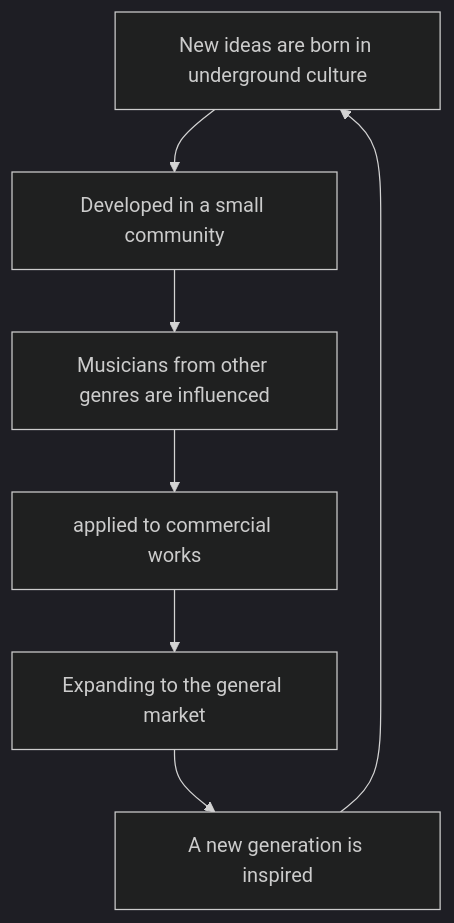
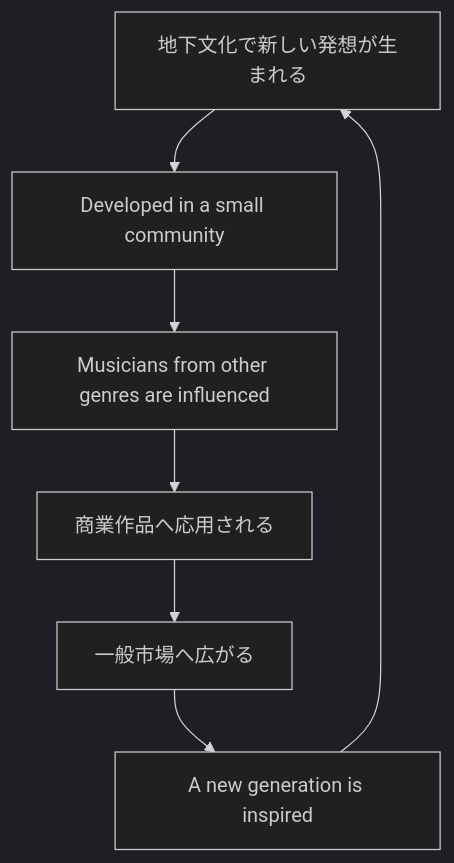
One commit to monumental-movement/monumental-movement.github.io changed the fifth of 5 diagrams in en/_posts/2026-07-25-column-why-some-genres-never-go-mainstream.md. Above: the diagram before and after it, drawn with Mermaid (dark theme). The commit also changed other lines of this file and 2196 other files, not shown here.

```diff
--- a/en/_posts/2026-07-25-column-why-some-genres-never-go-mainstream.md
+++ b/en/_posts/2026-07-25-column-why-some-genres-never-go-mainstream.md
@@ -851,13 +851,13 @@
 <div class="mermaid">
 flowchart TD
 
-A[New ideas are born in underground culture]
+A[地下文化で新しい発想が生まれる]
 --> B[Developed in a small community]
 --> C[Musicians from other genres are influenced]
---> D[applied to commercial works]
---> E[Expanding to the general market]
+--> D[商業作品へ応用される]
+--> E[一般市場へ広がる]
 
 E --> F[A new generation is inspired]
 
 F --> A
 </div>
```
